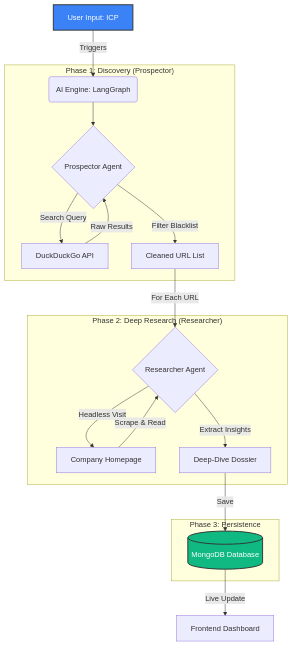
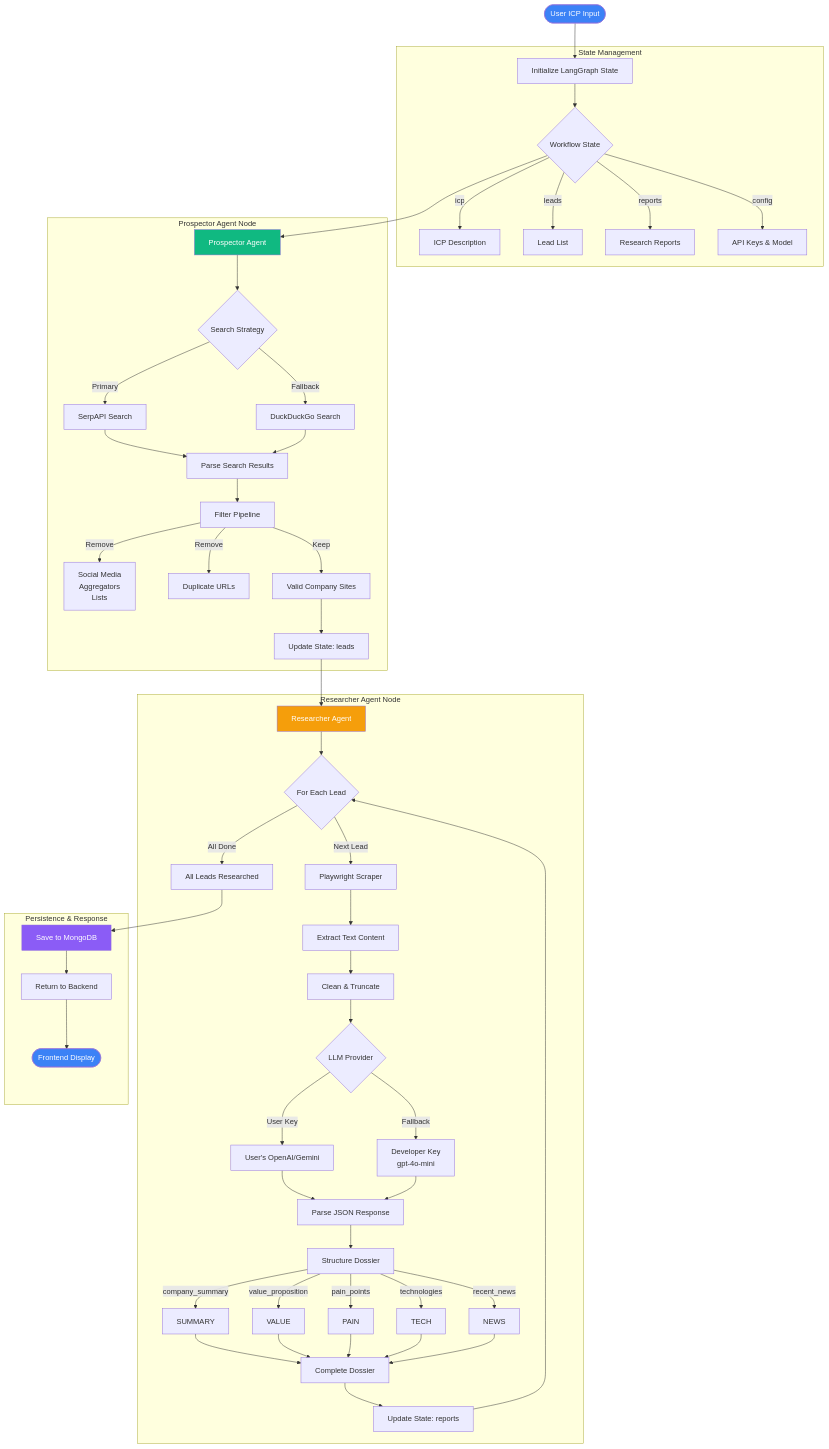
The fourth of 4 diagrams in README.md (AJBIKI/Lead-prime-16012026), drawn with Mermaid before and after one commit. The commit also changed other lines of this file, not shown here.

Commit message:
docs: Add 4 comprehensive system diagrams (architecture, database, auth flow, agent workflow)

````diff
--- a/README.md
+++ b/README.md
@@ -16,26 +264,76 @@
 ```mermaid
-graph TD
-    A[User Input: ICP] -->|Triggers| B(AI Engine: LangGraph)
-    style A fill:#3b82f6,stroke:#333,stroke-width:2px,color:white
+graph TB
+    START([User ICP Input]) --> INIT[Initialize LangGraph State]
     
-    subgraph "Phase 1: Discovery (Prospector)"
-    B --> C{Prospector Agent}
-    C -->|Search Query| D[DuckDuckGo API]
-    D -->|Raw Results| C
-    C -->|Filter Blacklist| E[Cleaned URL List]
+    subgraph "State Management"
+        INIT --> STATE{Workflow State}
+        STATE -->|icp| ICP_VAR[ICP Description]
+        STATE -->|leads| LEADS_VAR[Lead List]
+        STATE -->|reports| REPORTS_VAR[Research Reports]
+        STATE -->|config| CONFIG_VAR[API Keys & Model]
     end
     
-    subgraph "Phase 2: Deep Research (Researcher)"
-    E -->|For Each URL| F{Researcher Agent}
-    F -->|Headless Visit| G[Company Homepage]
-    G -->|Scrape & Read| F
-    F -->|Extract Insights| H[Deep-Dive Dossier]
+    subgraph "Prospector Agent Node"
+        STATE --> PROSPECT[Prospector Agent]
+        PROSPECT --> SEARCH_STRATEGY{Search Strategy}
+        
+        SEARCH_STRATEGY -->|Primary| SERP_SEARCH[SerpAPI Search]
+        SEARCH_STRATEGY -->|Fallback| DDG_SEARCH[DuckDuckGo Search]
+        
+        SERP_SEARCH --> PARSE_RESULTS[Parse Search Results]
+        DDG_SEARCH --> PARSE_RESULTS
+        
+        PARSE_RESULTS --> FILTER[Filter Pipeline]
+        FILTER -->|Remove| BLACKLIST[Social Media<br/>Aggregators<br/>Lists]
+        FILTER -->|Remove| DUPLICATES[Duplicate URLs]
+        FILTER -->|Keep| VALID[Valid Company Sites]
+        
+        VALID --> UPDATE_STATE1[Update State: leads]
     end
     
-    subgraph "Phase 3: Persistence"
-    H -->|Save| I[(MongoDB Database)]
+    subgraph "Researcher Agent Node"
+        UPDATE_STATE1 --> RESEARCH[Researcher Agent]
+        RESEARCH --> ITERATE{For Each Lead}
+        
+        ITERATE -->|Next Lead| SCRAPE[Playwright Scraper]
+        SCRAPE --> EXTRACT_HTML[Extract Text Content]
+        EXTRACT_HTML --> CLEAN[Clean & Truncate]
+        
+        CLEAN --> LLM_CALL{LLM Provider}
+        LLM_CALL -->|User Key| USER_LLM[User's OpenAI/Gemini]
+        LLM_CALL -->|Fallback| DEV_LLM[Developer Key<br/>gpt-4o-mini]
+        
+        USER_LLM --> PARSE_JSON[Parse JSON Response]
+        DEV_LLM --> PARSE_JSON
+        
+        PARSE_JSON --> STRUCTURE[Structure Dossier]
+        STRUCTURE -->|company_summary| SUMMARY
+        STRUCTURE -->|value_proposition| VALUE
+        STRUCTURE -->|pain_points| PAIN
+        STRUCTURE -->|technologies| TECH
+        STRUCTURE -->|recent_news| NEWS
+        
+        SUMMARY --> DOSSIER[Complete Dossier]
+        VALUE --> DOSSIER
+        PAIN --> DOSSIER
+        TECH --> DOSSIER
+        NEWS --> DOSSIER
+        
+        DOSSIER --> UPDATE_STATE2[Update State: reports]
+        UPDATE_STATE2 --> ITERATE
+        
+        ITERATE -->|All Done| COMPLETE
     end
     
-    I -->|Live Update| J[Frontend Dashboard]
-    style I fill:#10b981,stroke:#333,stroke-width:2px,color:white
+    subgraph "Persistence & Response"
+        COMPLETE[All Leads Researched] --> SAVE[Save to MongoDB]
+        SAVE --> RESPONSE[Return to Backend]
+        RESPONSE --> END([Frontend Display])
+    end
+    
+    style START fill:#3b82f6,color:white
+    style PROSPECT fill:#10b981,color:white
+    style RESEARCH fill:#f59e0b,color:white
+    style SAVE fill:#8b5cf6,color:white
+    style END fill:#3b82f6,color:white
 ```
````
